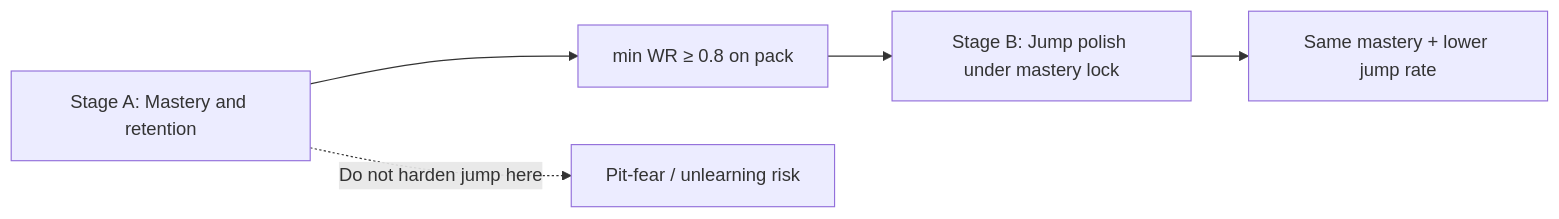
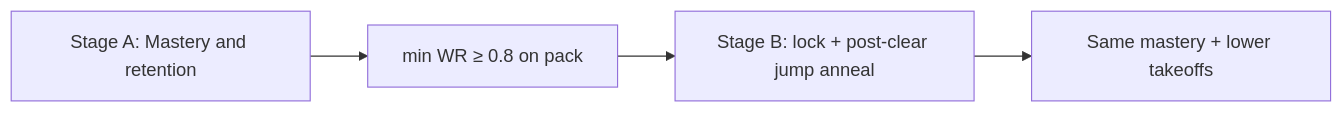
The first of 2 diagrams in docs/src/engineering/jump_polish_stage_b.md (dante-ferr/ai-delver), drawn with Mermaid before and after one commit. The commit also changed other lines of this file and 34 other files, not shown here.

First line of the commit message:
feat(intelligence): Stage B lock, jump anneal, and learning docs

````diff
--- a/docs/src/engineering/jump_polish_stage_b.md
+++ b/docs/src/engineering/jump_polish_stage_b.md
@@ -24,7 +24,6 @@
 ```mermaid
 flowchart LR
   stageA["Stage A: Mastery and retention"] --> mastered["min WR ≥ 0.8 on pack"]
-  mastered --> stageB["Stage B: Jump polish under mastery lock"]
-  stageB --> clean["Same mastery + lower jump rate"]
-  stageA -.->|Do not harden jump here| pitFear["Pit-fear / unlearning risk"]
+  mastered --> stageB["Stage B: lock + post-clear jump anneal"]
+  stageB --> clean["Same mastery + lower takeoffs"]
 ```
````
